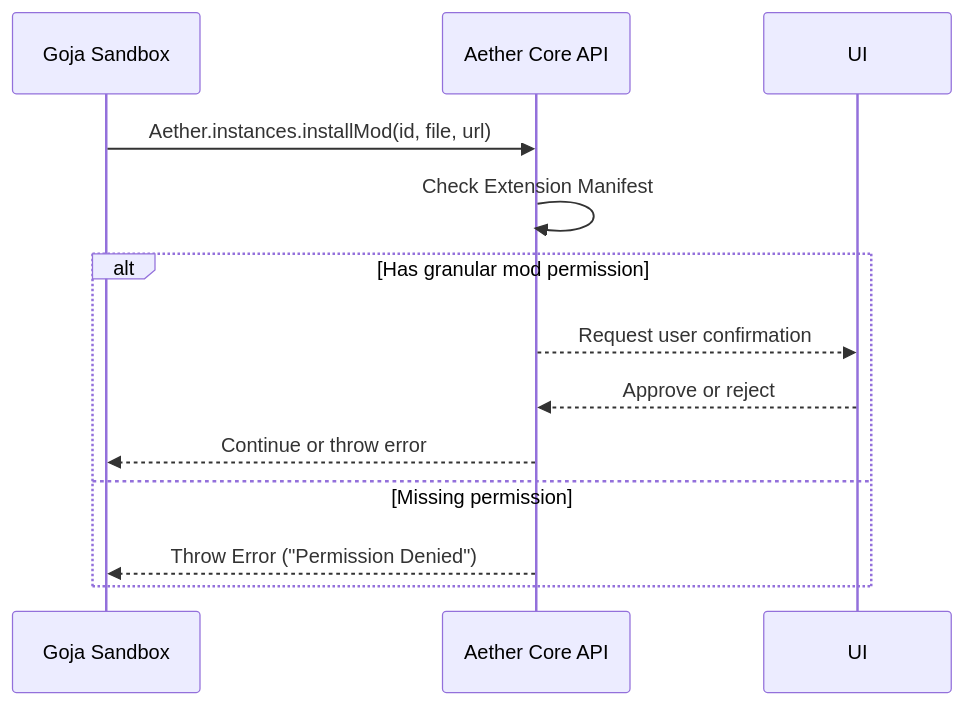
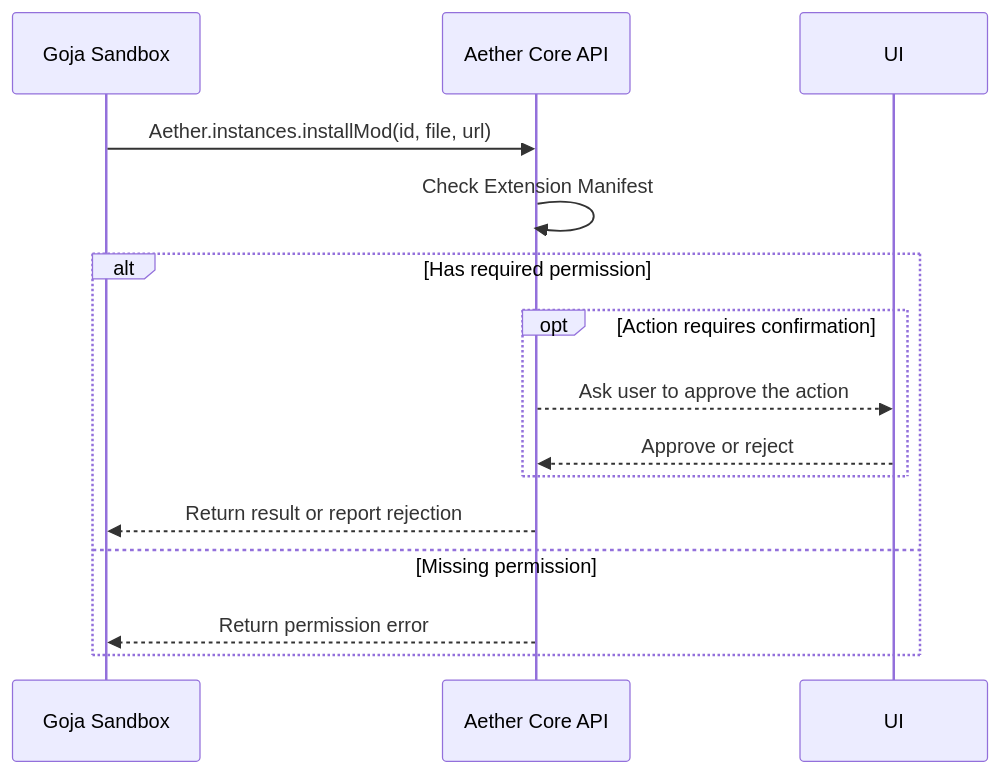
The second of 2 diagrams in docs/ARCHITECTURE.md (Aether-Launcher/Aether), drawn with Mermaid before and after one commit. The commit also changed other lines of this file and 9 other files, not shown here.

````diff
--- a/docs/ARCHITECTURE.md
+++ b/docs/ARCHITECTURE.md
@@ -58,16 +60,18 @@
 ```mermaid
 sequenceDiagram
     participant Sandbox as Goja Sandbox
     participant API as Aether Core API
     
     Sandbox->>API: Aether.instances.installMod(id, file, url)
     API->>API: Check Extension Manifest
     
-    alt Has granular mod permission
-        API-->>UI: Request user confirmation
-        UI-->>API: Approve or reject
-        API-->>Sandbox: Continue or throw error
+    alt Has required permission
+        opt Action requires confirmation
+            API-->>UI: Ask user to approve the action
+            UI-->>API: Approve or reject
+        end
+        API-->>Sandbox: Return result or report rejection
     else Missing permission
-        API-->>Sandbox: Throw Error ("Permission Denied")
+        API-->>Sandbox: Return permission error
     end
 ```
````
